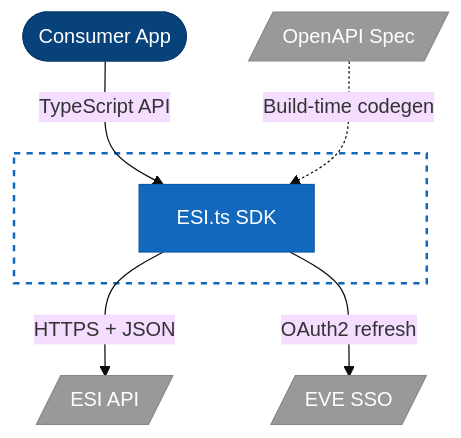
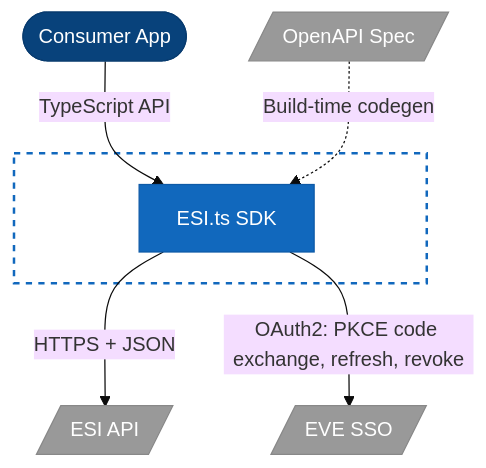
One commit to lgriffin/ESI.ts changed the first of 15 diagrams in guides/ARCHITECTURE.md. Above: the diagram before and after it, drawn with Mermaid (base theme). The commit also changed other lines of this file and 14 other files, not shown here.

````diff
--- a/guides/ARCHITECTURE.md
+++ b/guides/ARCHITECTURE.md
@@ -38,24 +41,24 @@
 ```mermaid
 flowchart TB
     consumer(["Consumer App"])
 
     subgraph boundary [" "]
         esits["ESI.ts SDK"]
     end
 
     esi[/"ESI API"/]
     sso[/"EVE SSO"/]
     spec[/"OpenAPI Spec"/]
 
     consumer -- "TypeScript API" --> esits
     esits -- "HTTPS + JSON" --> esi
-    esits -- "OAuth2 refresh" --> sso
+    esits -- "OAuth2: PKCE code exchange, refresh, revoke" --> sso
     spec -. "Build-time codegen" .-> esits
 
     style consumer fill:#08427b,color:#fff,stroke:#073b6f
     style esits fill:#1168bd,color:#fff,stroke:#0e5aa7
     style esi fill:#999,color:#fff,stroke:#888
     style sso fill:#999,color:#fff,stroke:#888
     style spec fill:#999,color:#fff,stroke:#888
     style boundary fill:none,stroke:#1168bd,stroke-width:2px,stroke-dasharray:5
 ```
````
